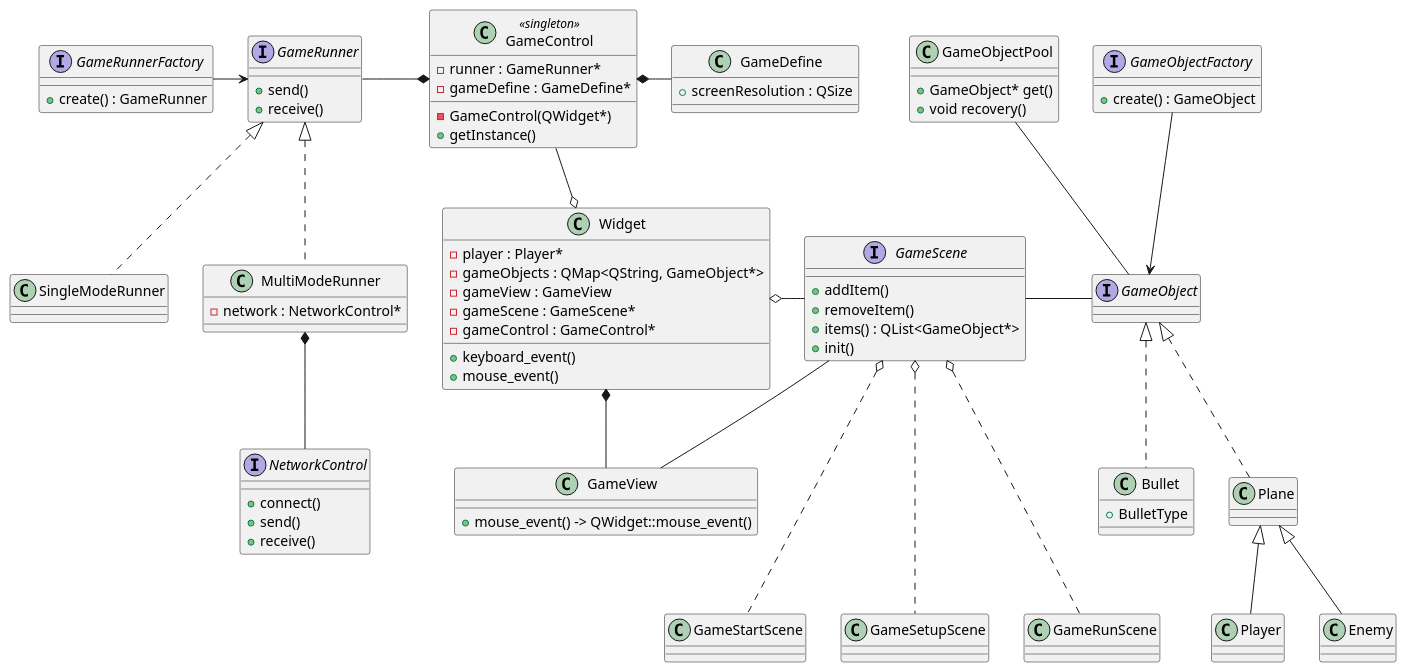
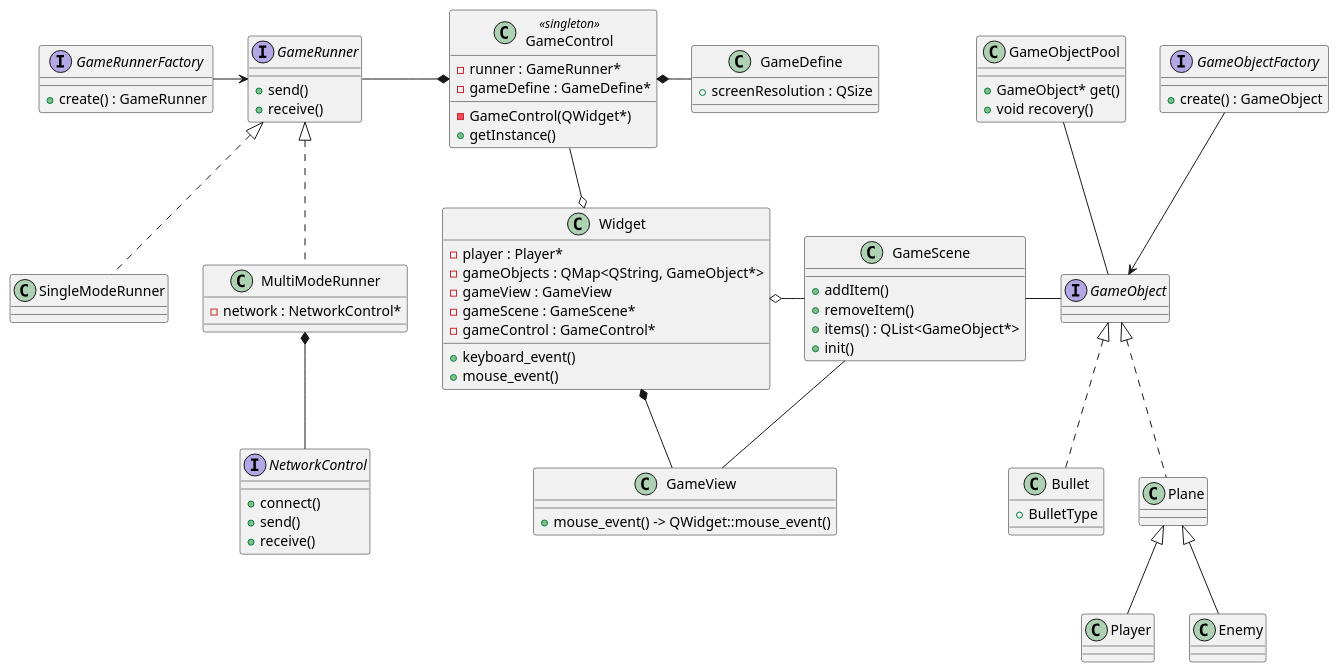
Before and after one commit to LongLong208/MyNotes: the diagram in 项目/草稿.md, drawn with PlantUML. The commit also changed other lines of this file and 1 other file, not shown here.

```diff
--- a/项目/草稿.md
+++ b/项目/草稿.md
@@ -53,7 +53,7 @@
     + mouse_event() -> QWidget::mouse_event()
 }
 
-interface GameScene {
+class GameScene {
     + addItem()
     + removeItem()
     + items() : QList<GameObject*>
@@ -84,18 +84,6 @@
 class GameObjectPool {
     + GameObject* get()
     + void recovery()
-}
-
-class GameStartScene {
-
-}
-
-class GameSetupScene {
-
-}
-
-class GameRunScene {
-
 }
 
 interface GameRunnerFactory {
@@ -131,9 +119,6 @@
 Widget *- GameView
 Plane <|-- Enemy
 
-GameScene o... GameStartScene
-GameScene o... GameSetupScene
-GameScene o... GameRunScene
 
 
 GameObjectFactory --> GameObject
```
